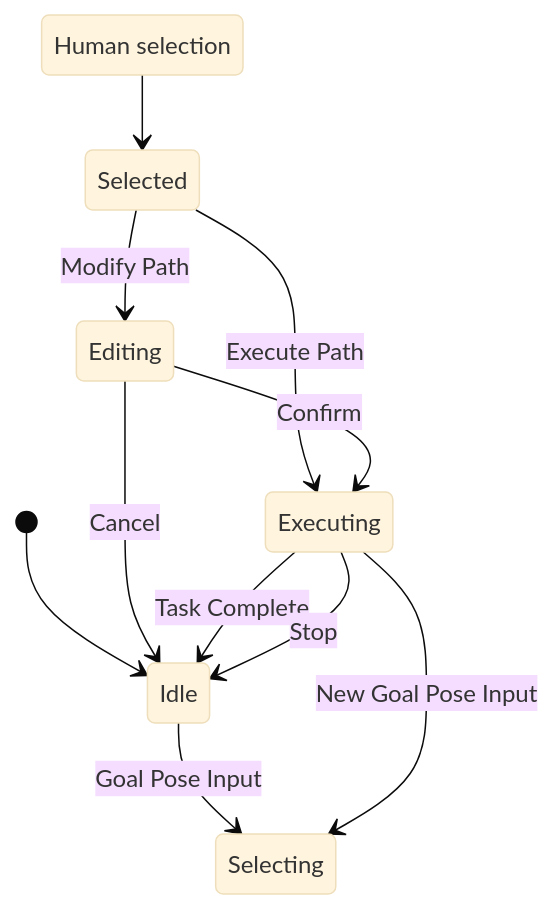
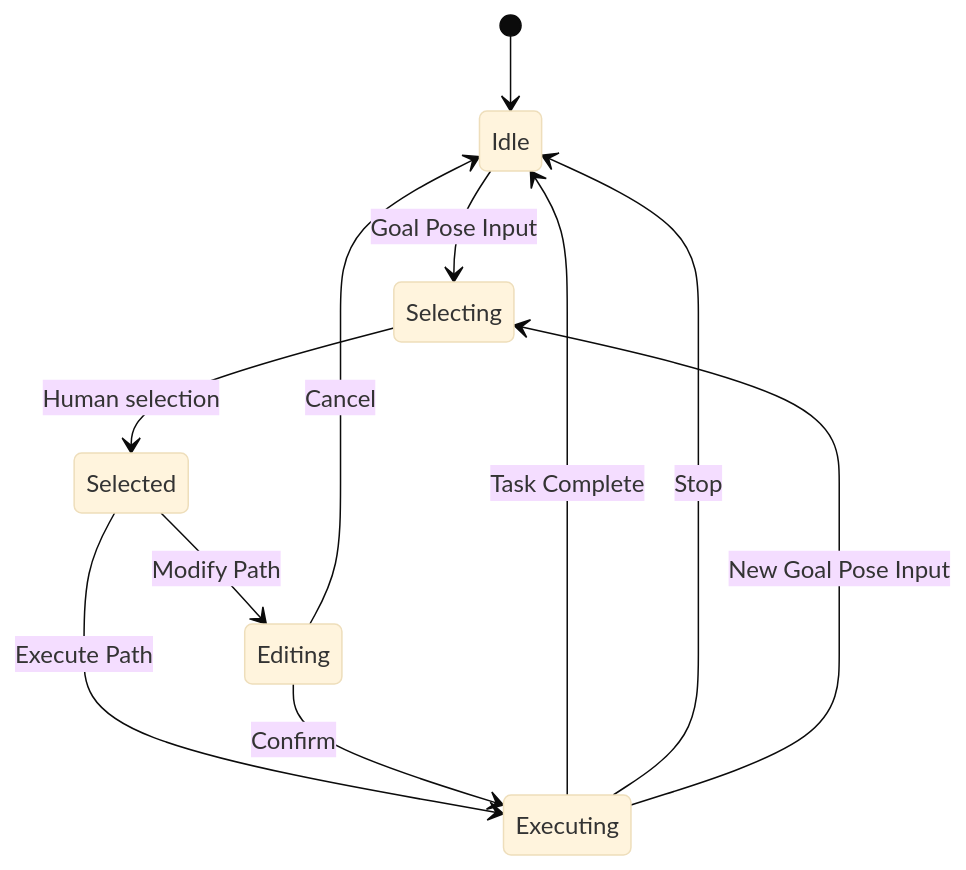
The third of 3 diagrams in README.md (GiorgioMarmolino/VR4R_G11_project), drawn with Mermaid (base theme) before and after one commit.

Commit message:
README.md Update

````diff
--- a/README.md
+++ b/README.md
@@ -91,13 +91,13 @@
 ```mermaid
 stateDiagram-v2
     [*] --> Idle
     Idle --> Selecting : Goal Pose Input
-    Selecting trajectory --> Selected trajectory : Human selection
+    Selecting --> Selected : Human selection
     Selected --> Editing : Modify Path
     Selected --> Executing : Execute Path
     Editing --> Executing : Confirm
     Editing --> Idle : Cancel
     Executing --> Idle : Task Complete
     Executing --> Idle : Stop
     Executing --> Selecting : New Goal Pose Input
 ```
````
